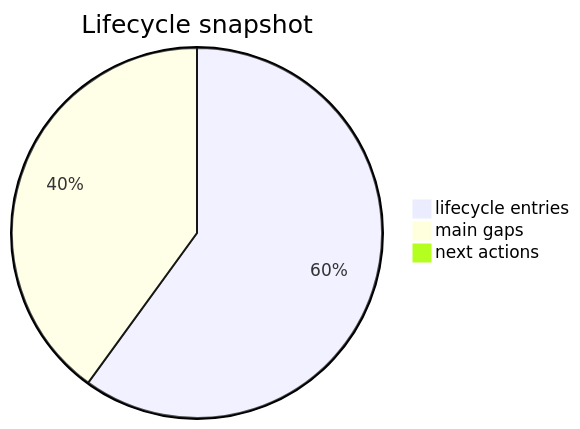
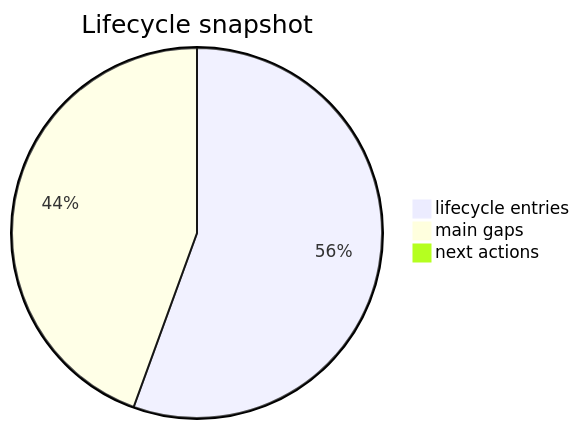
The diagram in reports/status/tuner.md (SH99999/mediastreamer), drawn with Mermaid before and after one commit. The commit also changed other lines of this file and 88 other files, not shown here.

````diff
--- a/reports/status/tuner.md
+++ b/reports/status/tuner.md
@@ -36,7 +48,7 @@
 ```mermaid
 pie
     title Lifecycle snapshot
-    "lifecycle entries" : 6
+    "lifecycle entries" : 5
     "main gaps" : 4
     "next actions" : 0
 ```
````
